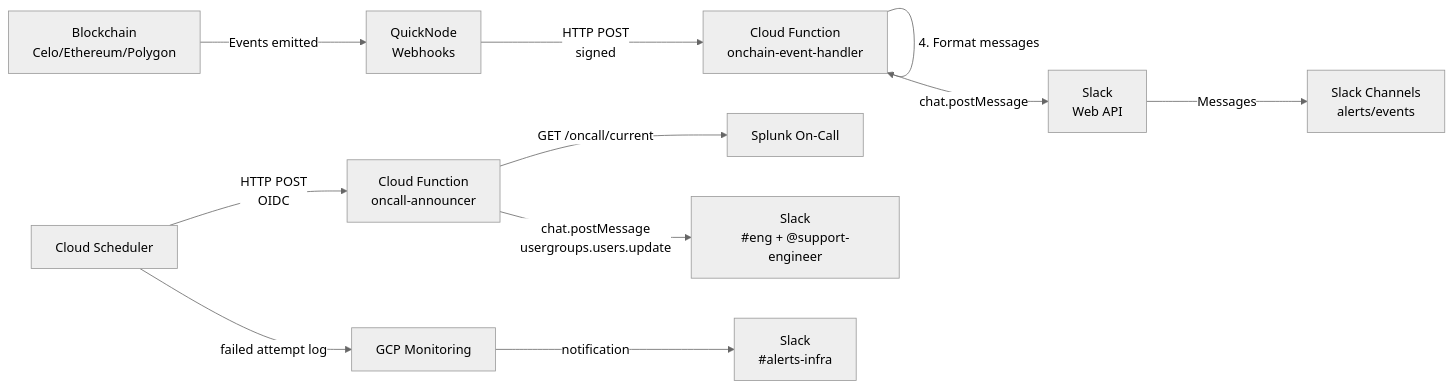
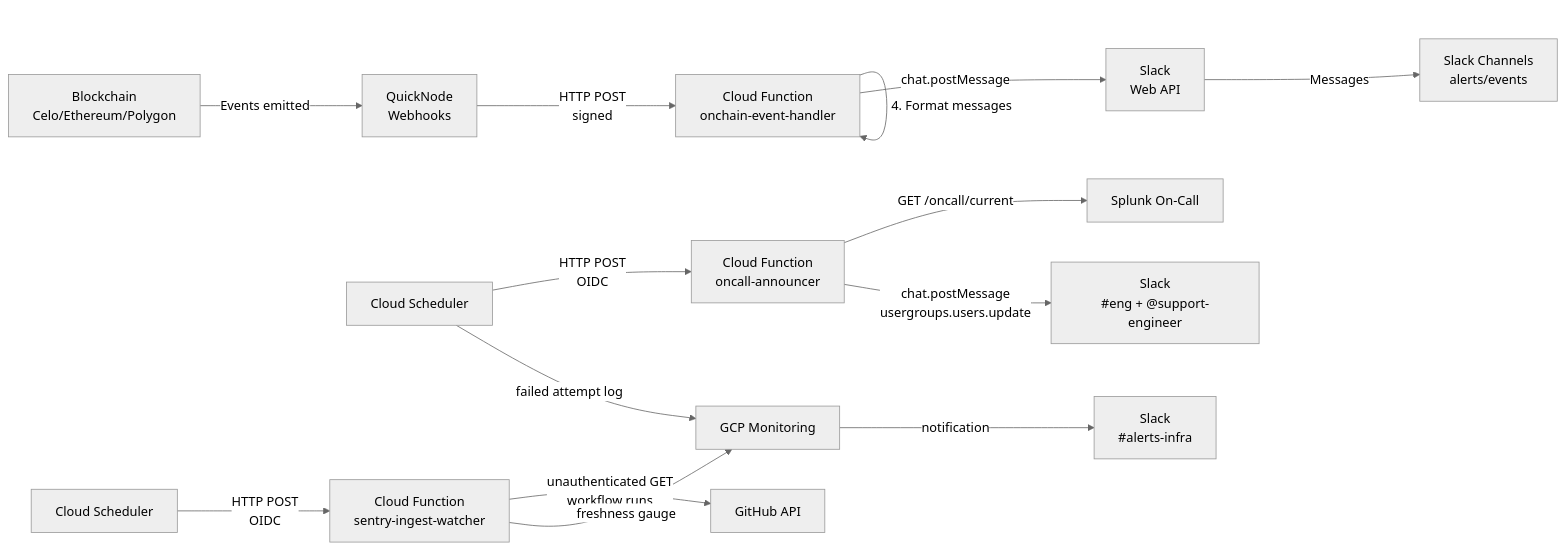
One commit to mento-protocol/monitoring-monorepo changed the diagram in alerts/infra/README.md. Above: the diagram before and after it, drawn with Mermaid (neutral theme). The commit also changed other lines of this file and 21 other files, not shown here.

````diff
--- a/alerts/infra/README.md
+++ b/alerts/infra/README.md
@@ -28,16 +29,19 @@
 ```mermaid
 graph LR
     A[Blockchain<br/>Celo/Ethereum/Polygon] -->|Events emitted| B[QuickNode<br/>Webhooks]
     B -->|HTTP POST<br/>signed| C[Cloud Function<br/>onchain-event-handler]
     C -->|1. Verify signature| C
     C -->|2. Validate payload| C
     C -->|3. Process events| C
     C -->|4. Format messages| C
     C -->|chat.postMessage| D[Slack<br/>Web API]
     D -->|Messages| E[Slack Channels<br/>alerts/events]
     F[Cloud Scheduler] -->|HTTP POST<br/>OIDC| G[Cloud Function<br/>oncall-announcer]
     G -->|GET /oncall/current| H[Splunk On-Call]
     G -->|chat.postMessage<br/>usergroups.users.update| I[Slack<br/>#eng + @support-engineer]
     F -->|failed attempt log| J[GCP Monitoring]
     J -->|notification| K[Slack<br/>#alerts-infra]
+    L[Cloud Scheduler] -->|HTTP POST<br/>OIDC| M[Cloud Function<br/>sentry-ingest-watcher]
+    M -->|unauthenticated GET<br/>workflow runs| N[GitHub API]
+    M -->|freshness gauge| J
 ```
````
